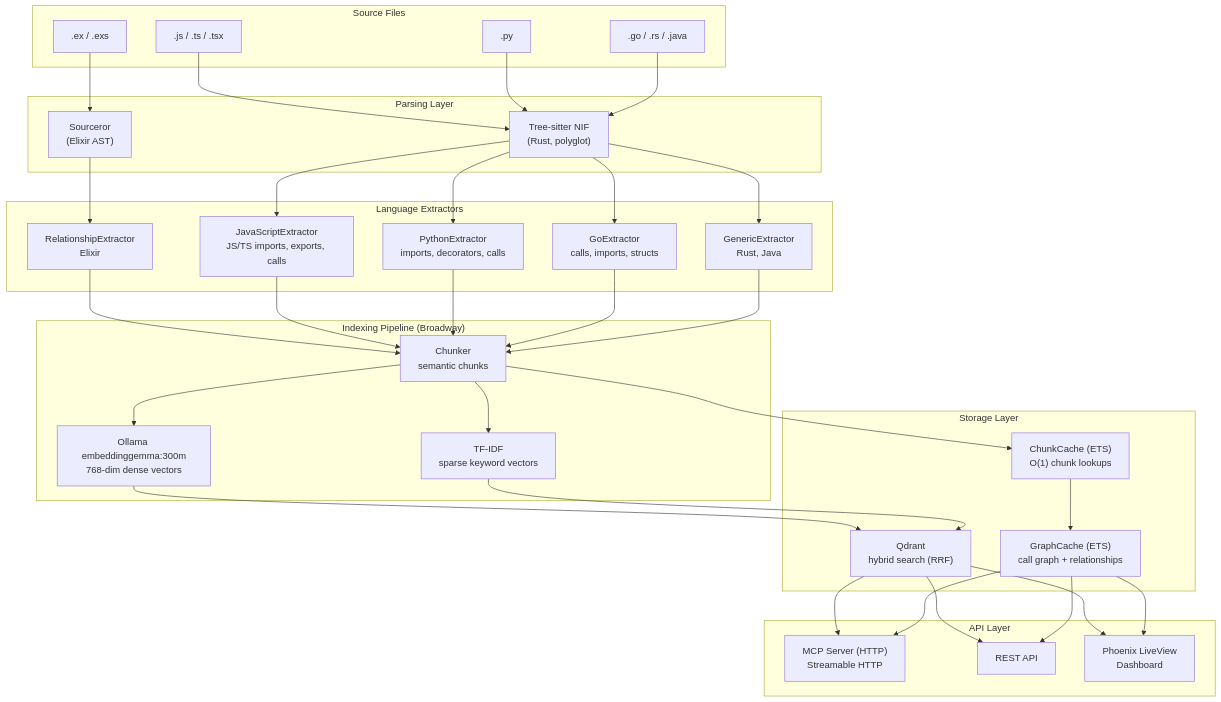
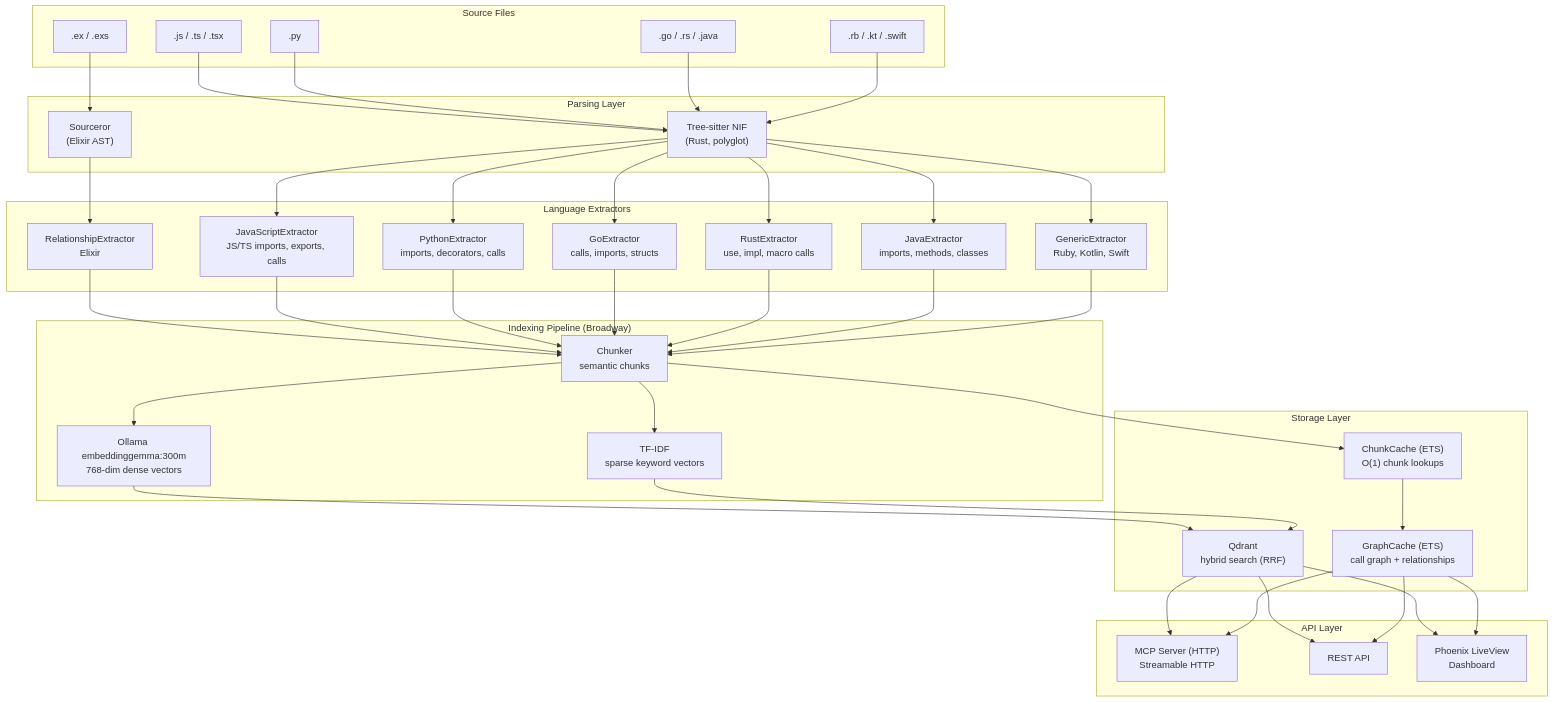
One commit to iksnerd/code-nexus changed the first of 4 diagrams in README.md. Above: the diagram before and after it, drawn with Mermaid. The commit also changed other lines of this file and 11 other files, not shown here.

First line of the commit message:
v1.10.0 — Ruby/Kotlin/Swift NIF support + dedicated Rust/Java extractors + shadcn dead-code filter

````diff
--- a/README.md
+++ b/README.md
@@ -122,52 +122,56 @@
 ```mermaid
 graph TB
     subgraph Sources["Source Files"]
         EX[".ex / .exs"]
         JS[".js / .ts / .tsx"]
         PY[".py"]
-        OTHER[".go / .rs / .java"]
+        GORS[".go / .rs / .java"]
+        OTHER[".rb / .kt / .swift"]
     end
 
     subgraph Parsing["Parsing Layer"]
         SR["Sourceror<br/>(Elixir AST)"]
         TS["Tree-sitter NIF<br/>(Rust, polyglot)"]
     end
 
     subgraph Extractors["Language Extractors"]
         RE["RelationshipExtractor<br/>Elixir"]
         JSE["JavaScriptExtractor<br/>JS/TS imports, exports, calls"]
         PYE["PythonExtractor<br/>imports, decorators, calls"]
         GOE["GoExtractor<br/>calls, imports, structs"]
-        GE["GenericExtractor<br/>Rust, Java"]
+        RUE["RustExtractor<br/>use, impl, macro calls"]
+        JAE["JavaExtractor<br/>imports, methods, classes"]
+        GE["GenericExtractor<br/>Ruby, Kotlin, Swift"]
     end
 
     subgraph Indexing["Indexing Pipeline (Broadway)"]
         CH["Chunker<br/>semantic chunks"]
         OL["Ollama embeddinggemma:300m<br/>768-dim dense vectors"]
         TFIDF["TF-IDF<br/>sparse keyword vectors"]
     end
 
     subgraph Storage["Storage Layer"]
         QD["Qdrant<br/>hybrid search (RRF)"]
         CC["ChunkCache (ETS)<br/>O(1) chunk lookups"]
         GC["GraphCache (ETS)<br/>call graph + relationships"]
     end
 
     subgraph API["API Layer"]
         MCP_HTTP["MCP Server (HTTP)<br/>Streamable HTTP"]
         REST["REST API"]
         PHX["Phoenix LiveView<br/>Dashboard"]
     end
 
     EX --> SR --> RE
     JS --> TS --> JSE
     PY --> TS --> PYE
-    OTHER --> TS --> GOE & GE
+    GORS --> TS --> GOE & RUE & JAE
+    OTHER --> TS --> GE
 
-    RE & JSE & PYE & GOE & GE --> CH
+    RE & JSE & PYE & GOE & RUE & JAE & GE --> CH
     CH --> OL & TFIDF
     OL & TFIDF --> QD
     CH --> CC --> GC
 
     QD & GC --> MCP_HTTP & REST & PHX
 ```
````
